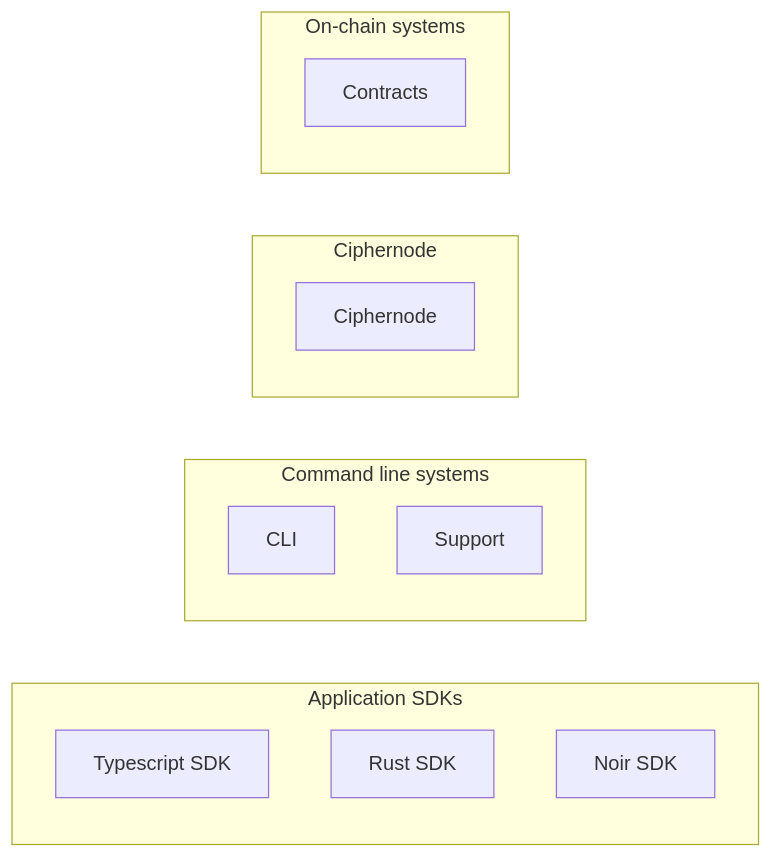
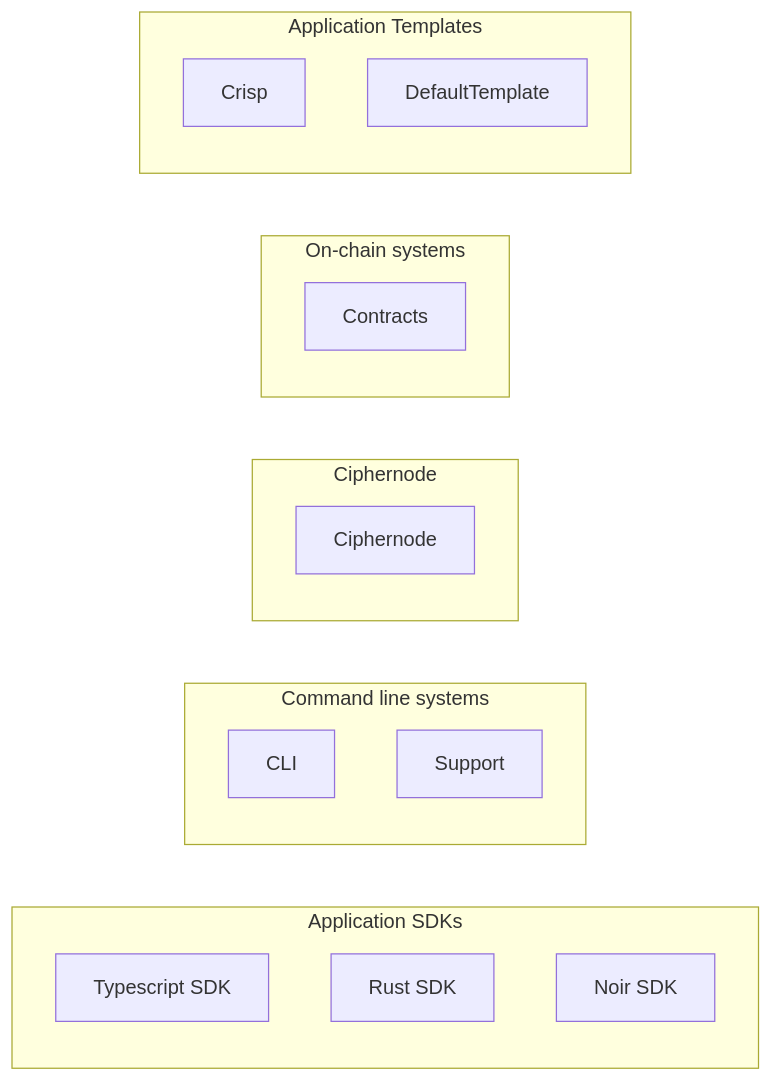
Before and after one commit to gnosisguild/enclave: the diagram in DOCS_ROOT.md, drawn with Mermaid. The commit also changed 2 other files, not shown here.

Commit message:
feat: add default template map

````diff
--- a/DOCS_ROOT.md
+++ b/DOCS_ROOT.md
@@ -7,36 +7,43 @@
 ```mermaid
 flowchart LR
 	subgraph SDK["Application SDKs"]
 	    T["Typescript SDK"]
 	    R["Rust SDK"]
 	    N["Noir SDK"]
 	end
 	subgraph cli2["Command line systems"]
 		CLI["CLI"]
 	    S["Support"]
 	end
 
 	subgraph cn["Ciphernode"]
 	    C["Ciphernode"]
     end
 
 	subgraph evm["On-chain systems"]
         EVM["Contracts"]
     end
 
+	subgraph app["Application Templates"]
+		CR["Crisp"]
+		DEF["DefaultTemplate"]
+	end
+
     C:::internal-link
     S:::internal-link
     EVM:::internal-link
     T:::internal-link
     R:::internal-link
     N:::internal-link
     CLI:::internal-link
+    CR:::internal-link
+    DEF:::internal-link
 
     click C "https://github.com/gnosisguild/enclave/tree/main/crates/Ciphernode.md"
     click S "https://github.com/gnosisguild/enclave/tree/main/crates/support-scripts/Support.md"
     click EVM "https://github.com/gnosisguild/enclave/tree/main/packages/evm/docs/Contracts.md"
     click T "https://github.com/gnosisguild/enclave/tree/main/packages/enclave-sdk/Typescript SDK.md"
     click R "https://github.com/gnosisguild/enclave/tree/main/crates/sdk/Rust SDK.md"
     click N "https://github.com/gnosisguild/enclave/tree/main/architecture/Noir SDK.md"
     click CLI "https://github.com/gnosisguild/enclave/tree/main/crates/cli/CLI.md"
 ```
````
